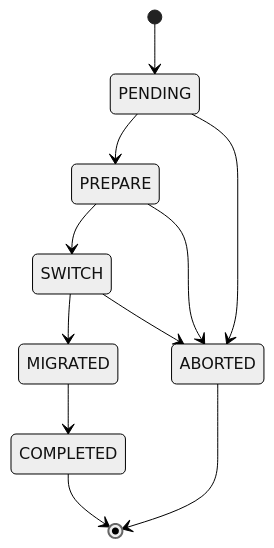
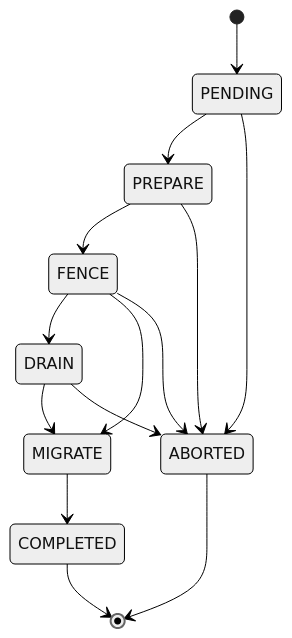
One commit to flipkart-incubator/varadhi changed the second of 3 diagrams in vips/VIP-0003-rework.md. Above: the diagram before and after it, drawn with Mermaid (neutral theme). The commit also changed other lines of this file, not shown here.

````diff
--- a/vips/VIP-0003-rework.md
+++ b/vips/VIP-0003-rework.md
@@ -250,13 +261,16 @@
 ```mermaid
 stateDiagram-v2
     [*] --> PENDING
     PENDING --> PREPARE
-    PREPARE --> SWITCH
-    SWITCH --> MIGRATED
-    MIGRATED --> COMPLETED
+    PREPARE --> FENCE
+    FENCE --> DRAIN
+    FENCE --> MIGRATE
+    DRAIN --> MIGRATE
+    MIGRATE --> COMPLETED
     PENDING --> ABORTED
     PREPARE --> ABORTED
-    SWITCH --> ABORTED
+    FENCE --> ABORTED
+    DRAIN --> ABORTED
     COMPLETED --> [*]
     ABORTED --> [*]
 ```
````
